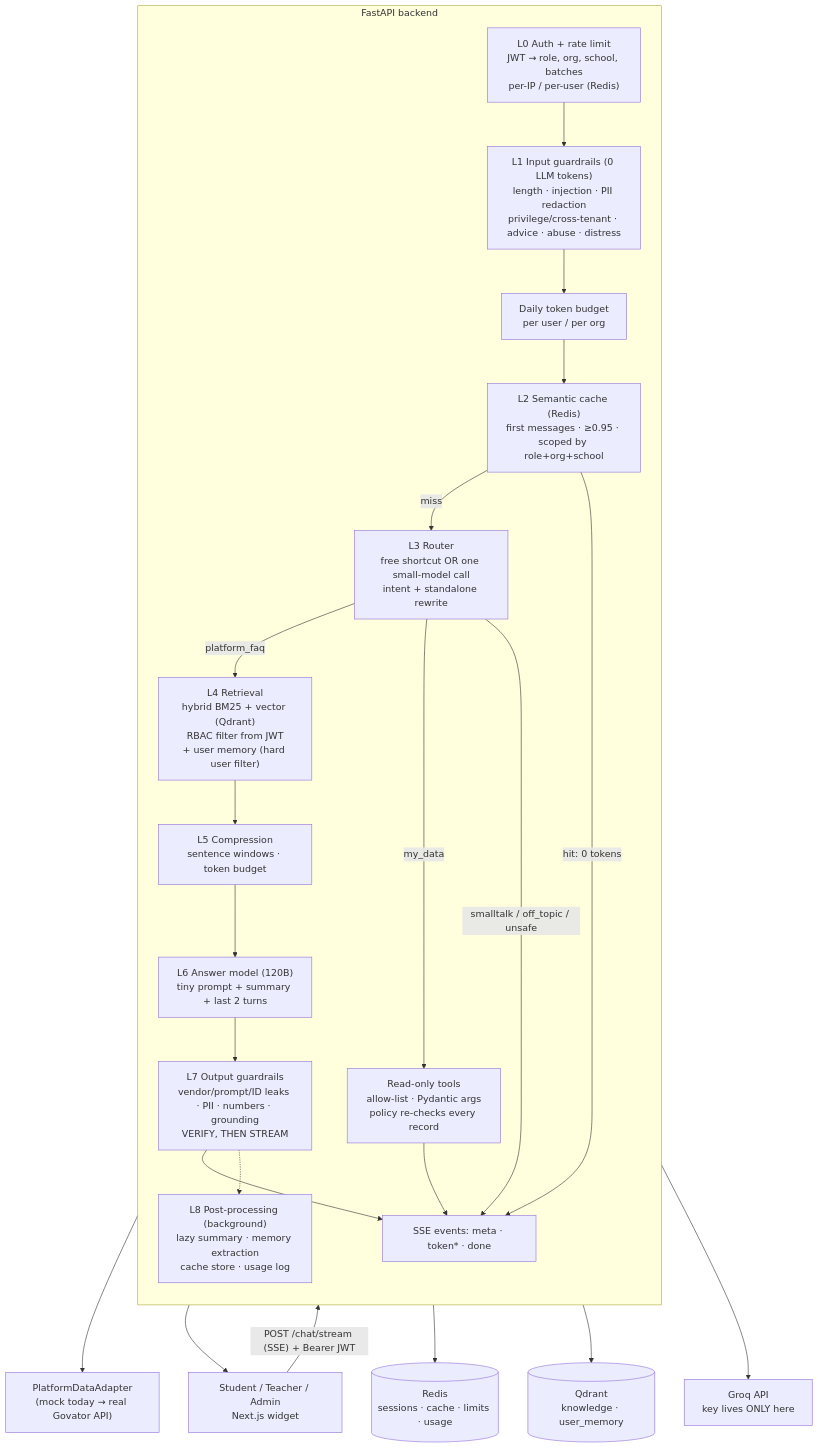
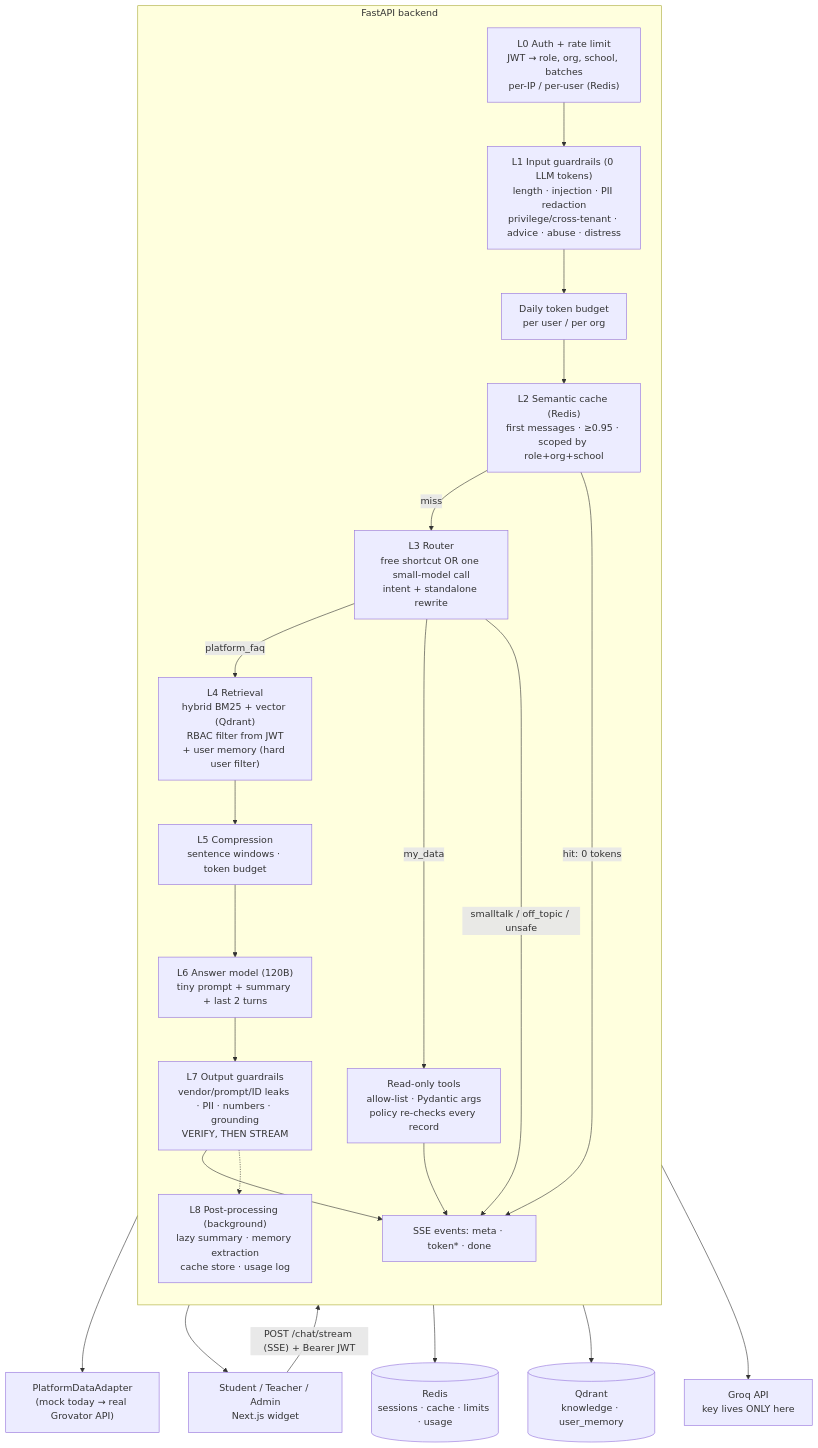
Before and after one commit to sujalambatkar/grovator-chatbot: the diagram in README.md, drawn with Mermaid. The commit also changed other lines of this file and 60 other files, not shown here.

First line of the commit message:
Rename Govator to Grovator everywhere; fix two robustness gaps found on the way

````diff
--- a/README.md
+++ b/README.md
@@ -21,33 +21,33 @@
 ```mermaid
 flowchart TD
     U[Student / Teacher / Admin<br/>Next.js widget] -- "POST /chat/stream (SSE) + Bearer JWT" --> API
 
     subgraph API["FastAPI backend"]
       direction TB
       L0["L0 Auth + rate limit<br/>JWT → role, org, school, batches<br/>per-IP / per-user (Redis)"]
       L1["L1 Input guardrails (0 LLM tokens)<br/>length · injection · PII redaction<br/>privilege/cross-tenant · advice · abuse · distress"]
       BUD["Daily token budget<br/>per user / per org"]
       L2["L2 Semantic cache (Redis)<br/>first messages · ≥0.95 · scoped by role+org+school"]
       L3["L3 Router<br/>free shortcut OR one small-model call<br/>intent + standalone rewrite"]
       L4["L4 Retrieval<br/>hybrid BM25 + vector (Qdrant)<br/>RBAC filter from JWT<br/>+ user memory (hard user filter)"]
       TOOLS["Read-only tools<br/>allow-list · Pydantic args<br/>policy re-checks every record"]
       L5["L5 Compression<br/>sentence windows · token budget"]
       L6["L6 Answer model (120B)<br/>tiny prompt + summary + last 2 turns"]
       L7["L7 Output guardrails<br/>vendor/prompt/ID leaks · PII · numbers · grounding<br/>VERIFY, THEN STREAM"]
       L8["L8 Post-processing (background)<br/>lazy summary · memory extraction<br/>cache store · usage log"]
       L0 --> L1 --> BUD --> L2
       L2 -- miss --> L3
       L2 -- hit: 0 tokens --> OUT
       L3 -- platform_faq --> L4 --> L5 --> L6 --> L7 --> OUT
       L3 -- my_data --> TOOLS --> OUT
       L3 -- smalltalk / off_topic / unsafe --> OUT
       L7 -.-> L8
       OUT["SSE events: meta · token* · done"]
     end
 
     API --> R[(Redis<br/>sessions · cache · limits · usage)]
     API --> Q[(Qdrant<br/>knowledge · user_memory)]
     API --> G[Groq API<br/>key lives ONLY here]
-    TOOLS --> A["PlatformDataAdapter<br/>(mock today → real Govator API)"]
+    TOOLS --> A["PlatformDataAdapter<br/>(mock today → real Grovator API)"]
     OUT --> U
 ```
````
